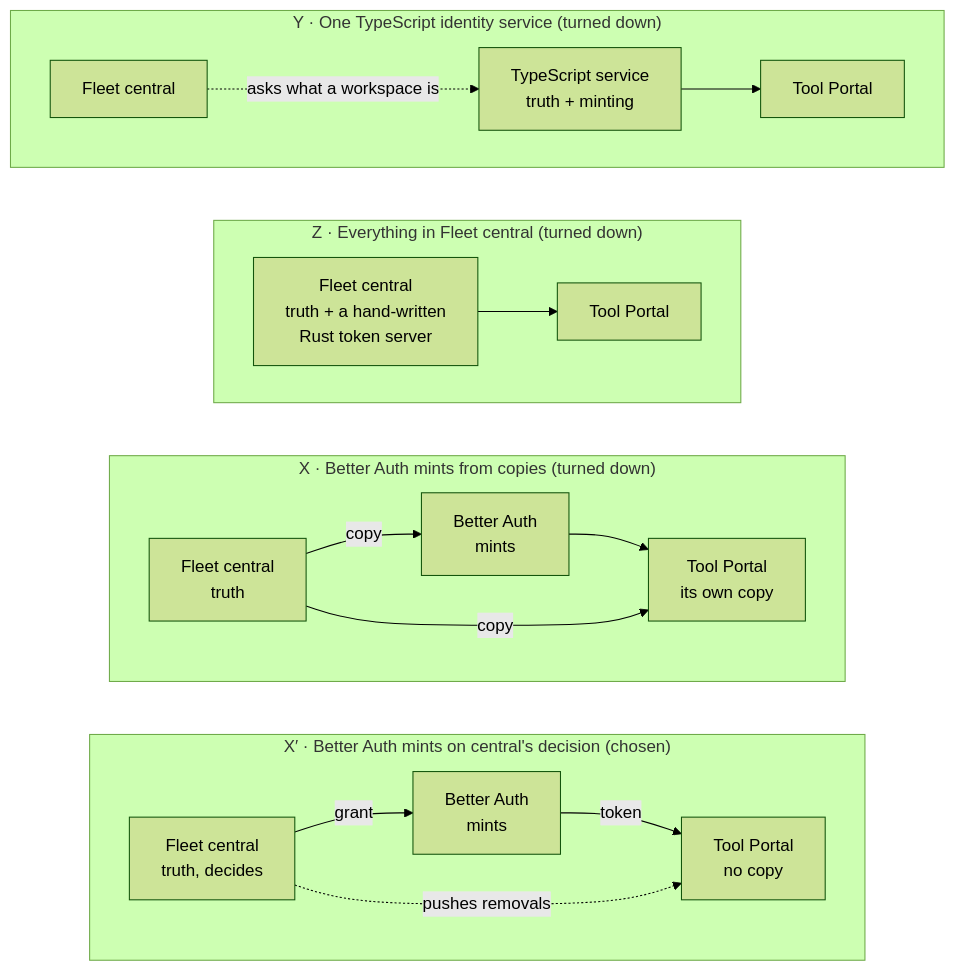
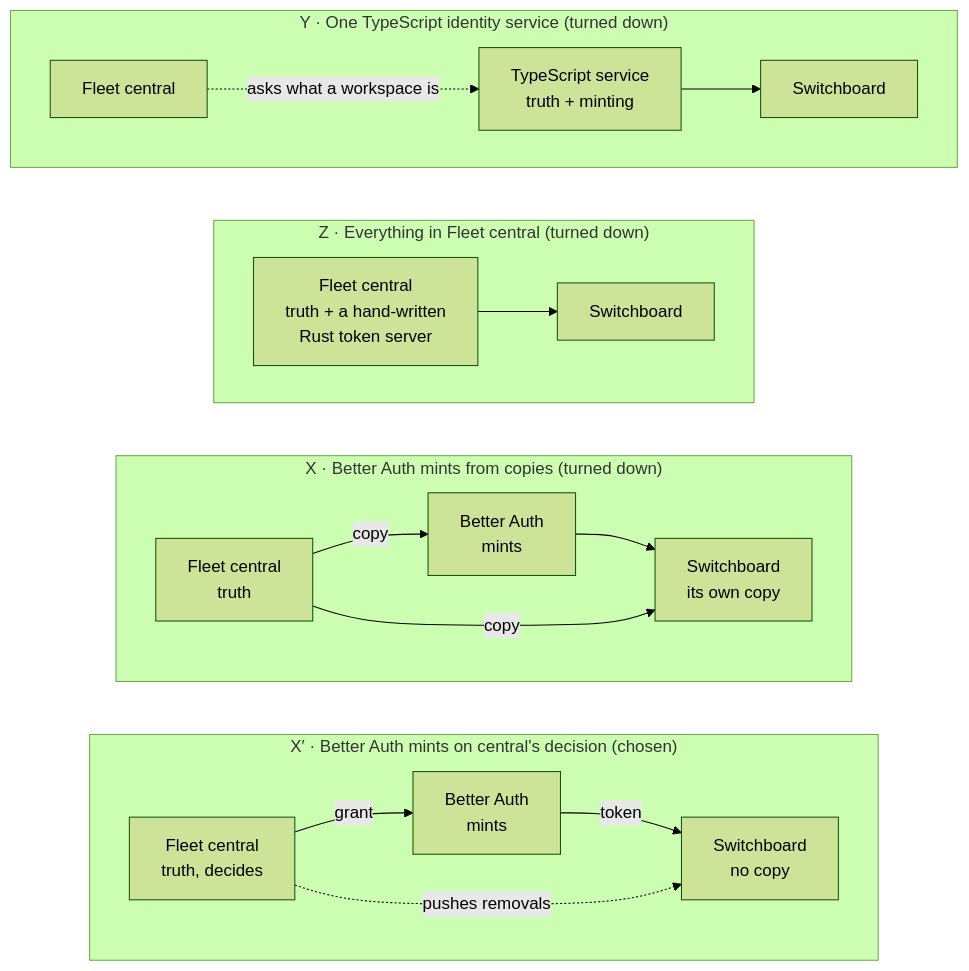
One commit to ShravanSunder/agent-vm changed the third of 16 diagrams in docs/specs/2026-10-24-agent-identity/alternatives.md. Above: the diagram before and after it, drawn with Mermaid (forest theme). The commit also changed other lines of this file and 61 other files, not shown here.

Commit message:
OD12 decided (owner, 2026-10-28): the Tool Portal is named Switchboard across the current design sets and pages; code spans, quotes and older documents unchanged; renamed heading anchors and an old remediation link repaired

````diff
--- a/docs/specs/2026-10-24-agent-identity/alternatives.md
+++ b/docs/specs/2026-10-24-agent-identity/alternatives.md
@@ -89,23 +89,23 @@
 ```mermaid
 flowchart TB
   subgraph Y["Y · One TypeScript identity service (turned down)"]
     direction LR
-    Y1["TypeScript service<br/>truth + minting"] --> Y2["Tool Portal"]
+    Y1["TypeScript service<br/>truth + minting"] --> Y2["Switchboard"]
     Y3["Fleet central"] -. asks what a workspace is .-> Y1
   end
   subgraph Z["Z · Everything in Fleet central (turned down)"]
     direction LR
-    Z1["Fleet central<br/>truth + a hand-written<br/>Rust token server"] --> Z2["Tool Portal"]
+    Z1["Fleet central<br/>truth + a hand-written<br/>Rust token server"] --> Z2["Switchboard"]
   end
   subgraph X["X · Better Auth mints from copies (turned down)"]
     direction LR
-    X1["Fleet central<br/>truth"] -- copy --> X2["Better Auth<br/>mints"] --> X3["Tool Portal<br/>its own copy"]
+    X1["Fleet central<br/>truth"] -- copy --> X2["Better Auth<br/>mints"] --> X3["Switchboard<br/>its own copy"]
     X1 -- copy --> X3
   end
   subgraph XP["X′ · Better Auth mints on central's decision (chosen)"]
     direction LR
-    P1["Fleet central<br/>truth, decides"] -- grant --> P2["Better Auth<br/>mints"] -- token --> P3["Tool Portal<br/>no copy"]
+    P1["Fleet central<br/>truth, decides"] -- grant --> P2["Better Auth<br/>mints"] -- token --> P3["Switchboard<br/>no copy"]
     P1 -. pushes removals .-> P3
   end
   Y ~~~ Z ~~~ X ~~~ XP
 ```
````
